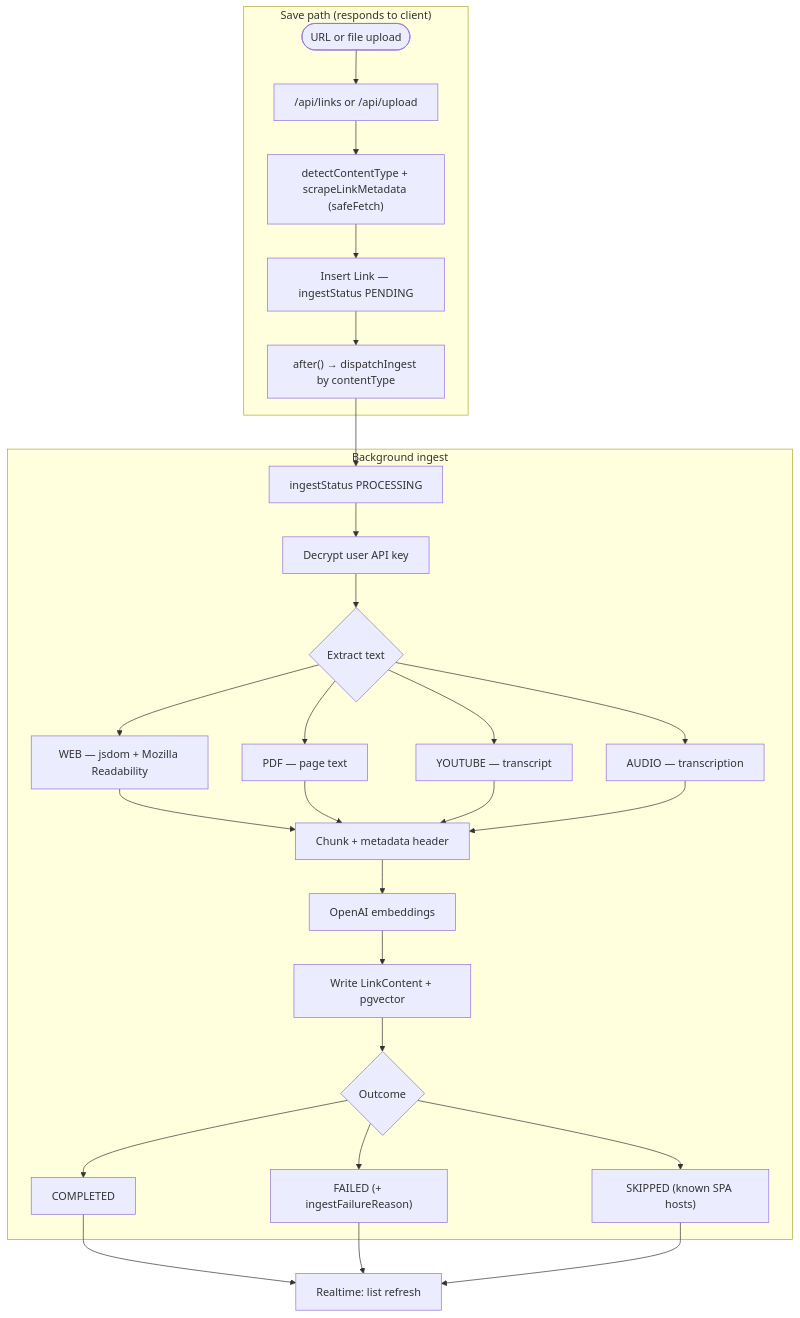
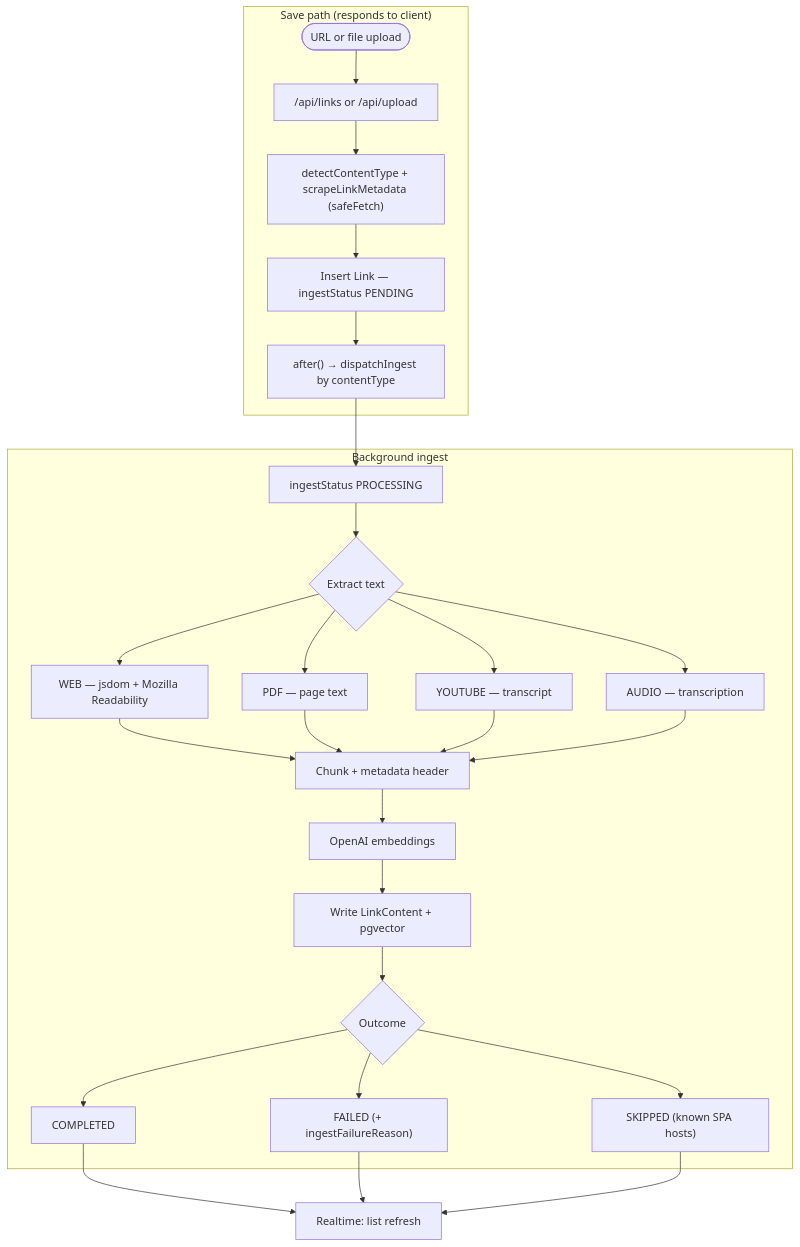
Before and after one commit to nublson/purl: the diagram in README.md, drawn with Mermaid. The commit also changed other lines of this file and 29 other files, not shown here.

````diff
--- a/README.md
+++ b/README.md
@@ -67,33 +64,32 @@
 ```mermaid
 flowchart TB
   subgraph save["Save path (responds to client)"]
     A(["URL or file upload"]) --> B["/api/links or /api/upload"]
     B --> C["detectContentType + scrapeLinkMetadata (safeFetch)"]
     C --> D["Insert Link — ingestStatus PENDING"]
     D --> E["after() → dispatchIngest by contentType"]
   end
 
   subgraph work["Background ingest"]
     E --> F["ingestStatus PROCESSING"]
-    F --> AK["Decrypt user API key"]
-    AK --> G{"Extract text"}
+    F --> G{"Extract text"}
     G --> W["WEB — jsdom + Mozilla Readability"]
     G --> P["PDF — page text"]
     G --> Y["YOUTUBE — transcript"]
     G --> A2["AUDIO — transcription"]
     W --> H["Chunk + metadata header"]
     P --> H
     Y --> H
     A2 --> H
     H --> I["OpenAI embeddings"]
     I --> J["Write LinkContent + pgvector"]
     J --> K{"Outcome"}
     K --> K1["COMPLETED"]
     K --> K2["FAILED (+ ingestFailureReason)"]
     K --> K3["SKIPPED (known SPA hosts)"]
   end
 
   K1 --> R["Realtime: list refresh"]
   K2 --> R
   K3 --> R
 ```
````
